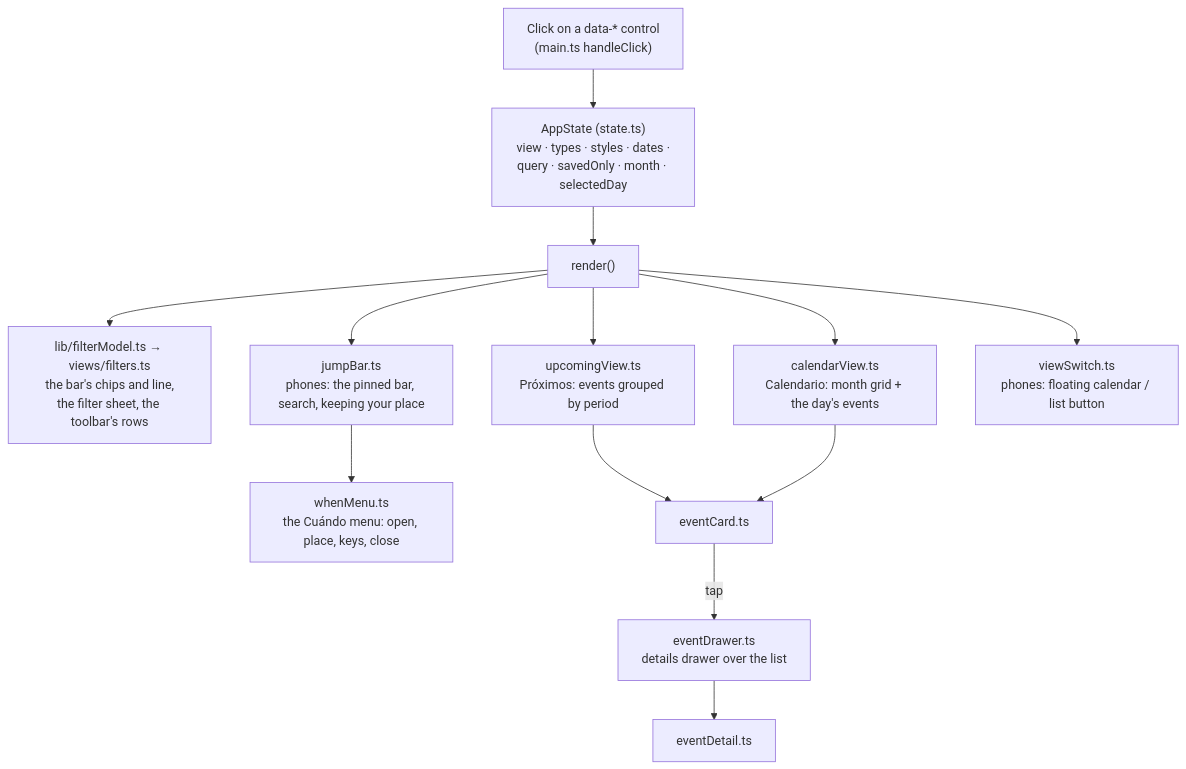
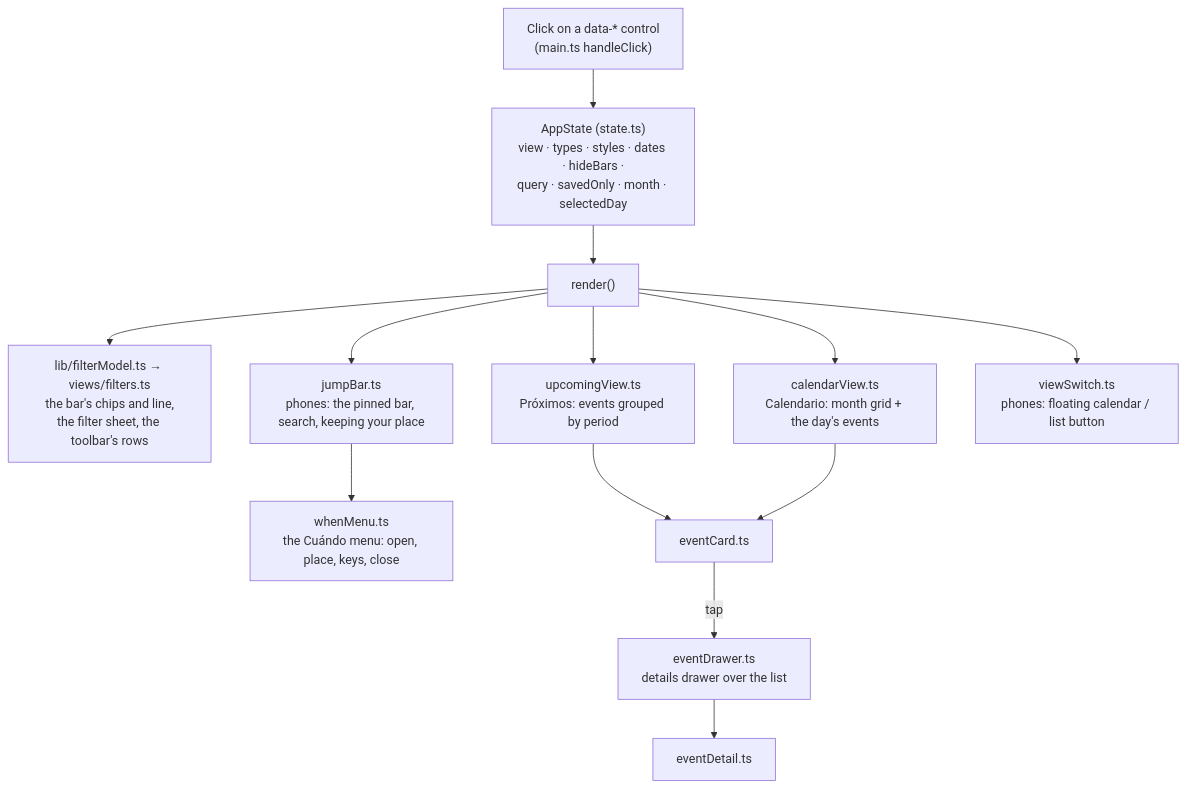
One commit to pa-bailar/pa-bailar.github.io changed the seventh of 9 diagrams in docs/ARCHITECTURE.md. Above: the diagram before and after it, drawn with Mermaid. The commit also changed other lines of this file and 17 other files, not shown here.

First line of the commit message:
feat(filters): hide bars' events from the Filtros sheet (#106)

````diff
--- a/docs/ARCHITECTURE.md
+++ b/docs/ARCHITECTURE.md
@@ -371,16 +371,16 @@
 ```mermaid
 flowchart TD
-    ST["AppState (state.ts)<br/>view · types · styles · dates ·<br/>query · savedOnly · month · selectedDay"]
+    ST["AppState (state.ts)<br/>view · types · styles · dates · hideBars ·<br/>query · savedOnly · month · selectedDay"]
     CLICK["Click on a data-* control<br/>(main.ts handleClick)"] --> ST
     ST --> R["render()"]
     R --> F["lib/filterModel.ts → views/filters.ts<br/>the bar's chips and line,<br/>the filter sheet, the toolbar's rows"]
     R --> U["upcomingView.ts<br/>Próximos: events grouped by period"]
     R --> C["calendarView.ts<br/>Calendario: month grid + the day's events"]
     R --> J["jumpBar.ts<br/>phones: the pinned bar, search, keeping your place"]
     J --> WM["whenMenu.ts<br/>the Cuándo menu: open, place, keys, close"]
     R --> VS["viewSwitch.ts<br/>phones: floating calendar / list button"]
     U --> CARD["eventCard.ts"]
     C --> CARD
     CARD -- "tap" --> DLG["eventDrawer.ts<br/>details drawer over the list"]
     DLG --> DET["eventDetail.ts"]
 ```
````
